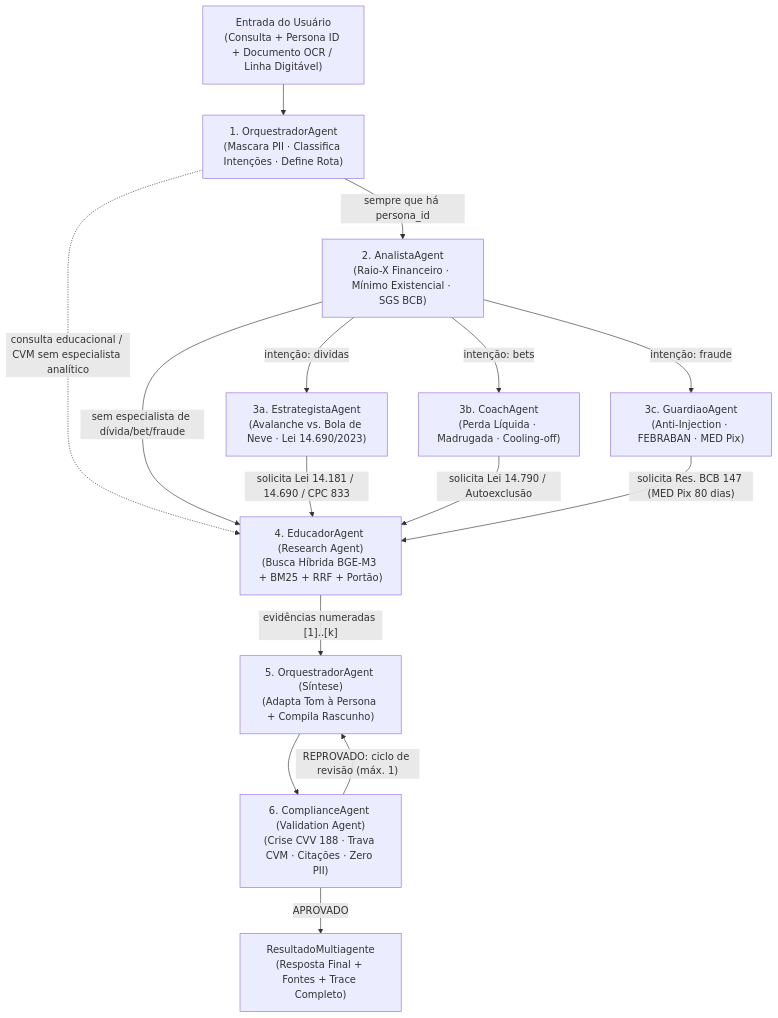
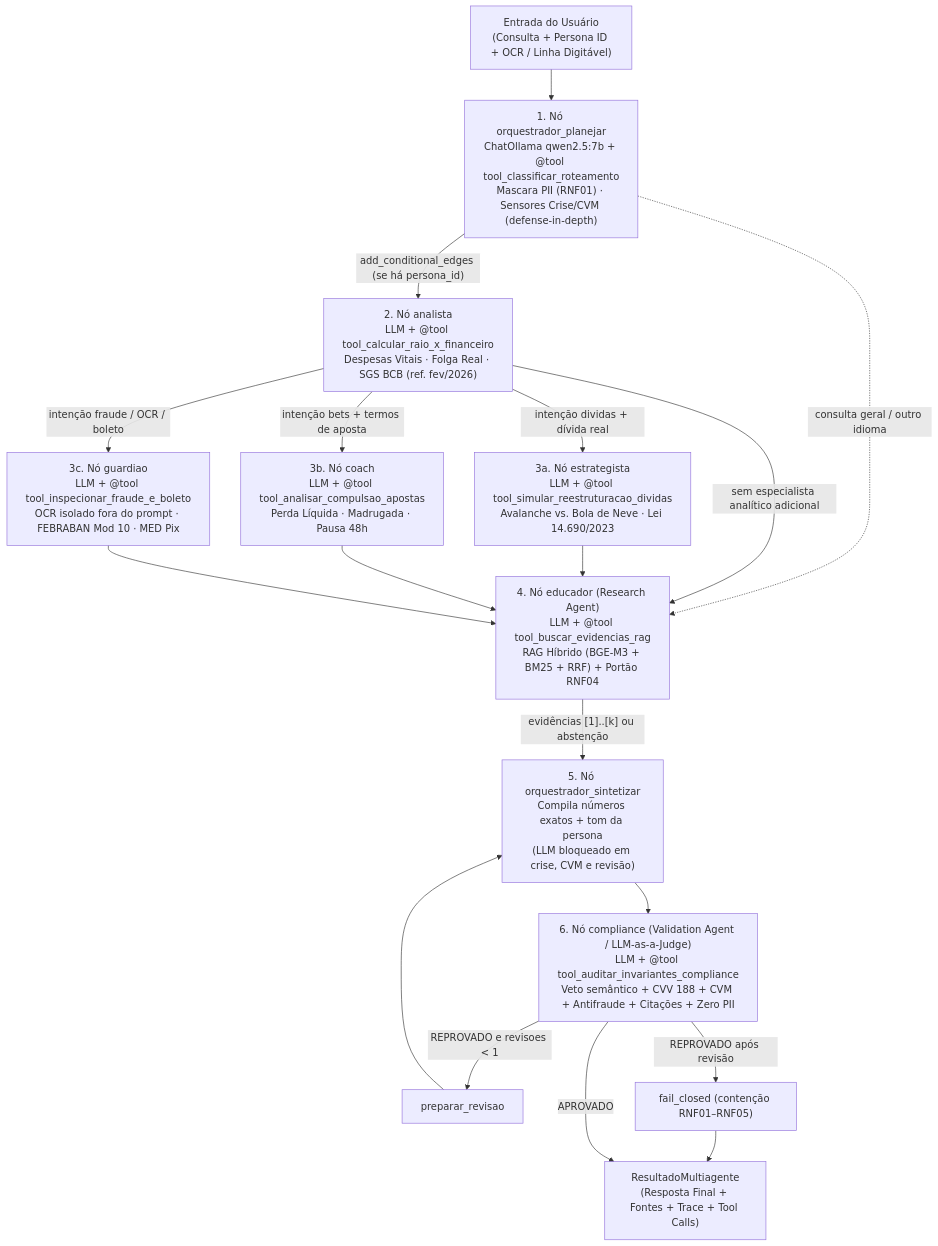
One commit to Andre-Atlas/PANDORA changed the diagram in docs/agentes/01-arquitetura.md. Above: the diagram before and after it, drawn with Mermaid. The commit also changed other lines of this file and 52 other files, not shown here.

````diff
--- a/docs/agentes/01-arquitetura.md
+++ b/docs/agentes/01-arquitetura.md
@@ -9,23 +11,24 @@
 ```mermaid
 flowchart TD
-    IN["Entrada do Usuário<br/>(Consulta + Persona ID + Documento OCR / Linha Digitável)"] --> O1["1. OrquestradorAgent<br/>(Mascara PII · Classifica Intenções · Define Rota)"]
+    IN["Entrada do Usuário<br/>(Consulta + Persona ID + OCR / Linha Digitável)"] --> O1["1. Nó orquestrador_planejar<br/>ChatOllama qwen2.5:7b + @tool tool_classificar_roteamento<br/>Mascara PII (RNF01) · Sensores Crise/CVM (defense-in-depth)"]
 
-    O1 -->|"sempre que há persona_id"| AN["2. AnalistaAgent<br/>(Raio-X Financeiro · Mínimo Existencial · SGS BCB)"]
+    O1 -->|"add_conditional_edges (se há persona_id)"| AN["2. Nó analista<br/>LLM + @tool tool_calcular_raio_x_financeiro<br/>Despesas Vitais · Folga Real · SGS BCB (ref. fev/2026)"]
 
-    AN -->|"intenção: dividas"| ES["3a. EstrategistaAgent<br/>(Avalanche vs. Bola de Neve · Lei 14.690/2023)"]
-    AN -->|"intenção: bets"| CO["3b. CoachAgent<br/>(Perda Líquida · Madrugada · Cooling-off)"]
-    AN -->|"intenção: fraude"| GU["3c. GuardiaoAgent<br/>(Anti-Injection · FEBRABAN · MED Pix)"]
+    AN -->|"intenção dividas + dívida real"| ES["3a. Nó estrategista<br/>LLM + @tool tool_simular_reestruturacao_dividas<br/>Avalanche vs. Bola de Neve · Lei 14.690/2023"]
+    AN -->|"intenção bets + termos de aposta"| CO["3b. Nó coach<br/>LLM + @tool tool_analisar_compulsao_apostas<br/>Perda Líquida · Madrugada · Pausa 48h"]
+    AN -->|"intenção fraude / OCR / boleto"| GU["3c. Nó guardiao<br/>LLM + @tool tool_inspecionar_fraude_e_boleto<br/>OCR isolado fora do prompt · FEBRABAN Mod 10 · MED Pix"]
 
-    O1 -.->|"consulta educacional / CVM sem especialista analítico"| ED
-    AN -->|"sem especialista de dívida/bet/fraude"| ED
+    O1 -.->|"consulta geral / outro idioma"| ED
+    AN -->|"sem especialista analítico adicional"| ED
 
-    ES -->|"solicita Lei 14.181 / 14.690 / CPC 833"| ED["4. EducadorAgent (Research Agent)<br/>(Busca Híbrida BGE-M3 + BM25 + RRF + Portão)"]
-    CO -->|"solicita Lei 14.790 / Autoexclusão"| ED
-    GU -->|"solicita Res. BCB 147 (MED Pix 80 dias)"| ED
+    ES --> ED["4. Nó educador (Research Agent)<br/>LLM + @tool tool_buscar_evidencias_rag<br/>RAG Híbrido (BGE-M3 + BM25 + RRF) + Portão RNF04"]
+    CO --> ED
+    GU --> ED
 
-    ED -->|"evidências numeradas [1]..[k]"| O2["5. OrquestradorAgent (Síntese)<br/>(Adapta Tom à Persona + Compila Rascunho)"]
-    O2 --> CG["6. ComplianceAgent (Validation Agent)<br/>(Crise CVV 188 · Trava CVM · Citações · Zero PII)"]
+    ED -->|"evidências [1]..[k] ou abstenção"| O2["5. Nó orquestrador_sintetizar<br/>Compila números exatos + tom da persona<br/>(LLM bloqueado em crise, CVM e revisão)"]
+    O2 --> CG["6. Nó compliance (Validation Agent / LLM-as-a-Judge)<br/>LLM + @tool tool_auditar_invariantes_compliance<br/>Veto semântico + CVV 188 + CVM + Antifraude + Citações + Zero PII"]
 
-    CG -->|"REPROVADO: ciclo de revisão (máx. 1)"| O2
-    CG -->|"APROVADO"| OUT["ResultadoMultiagente<br/>(Resposta Final + Fontes + Trace Completo)"]
+    CG -->|"REPROVADO e revisoes < 1"| REV["preparar_revisao"] --> O2
+    CG -->|"REPROVADO após revisão"| FC["fail_closed (contenção RNF01–RNF05)"] --> OUT
+    CG -->|"APROVADO"| OUT["ResultadoMultiagente<br/>(Resposta Final + Fontes + Trace + Tool Calls)"]
 ```
````
